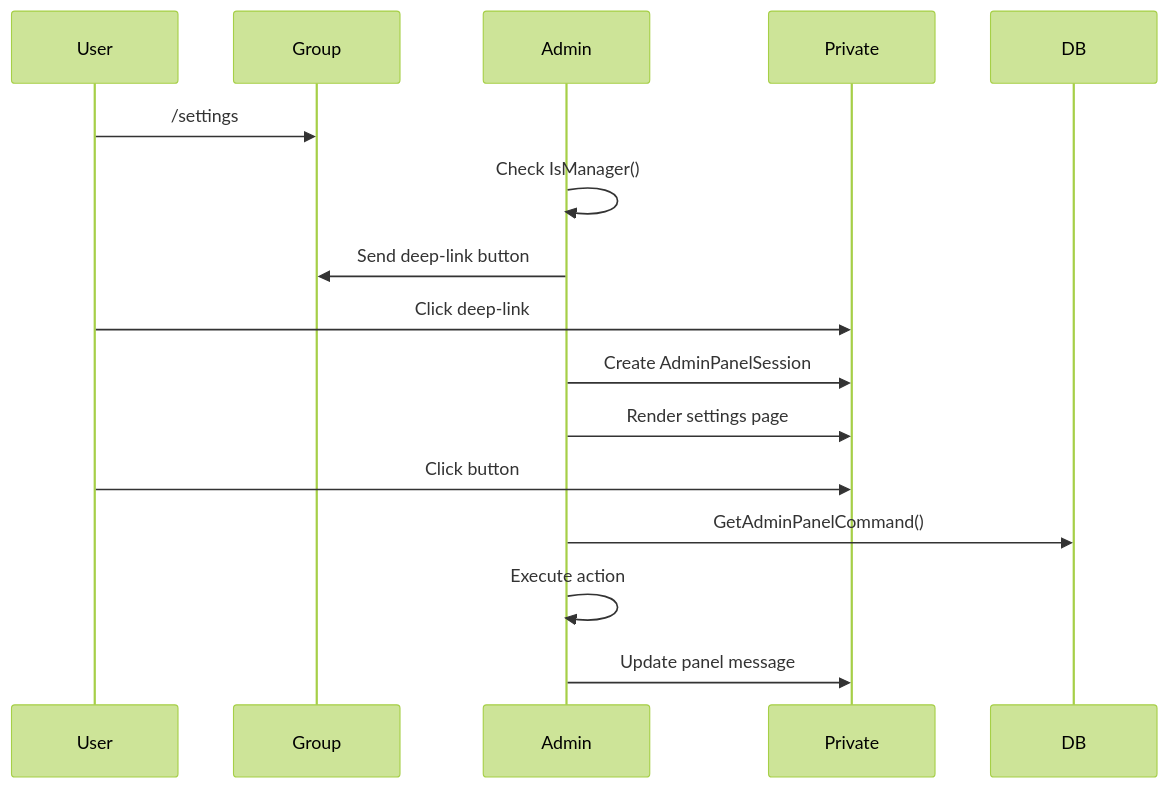
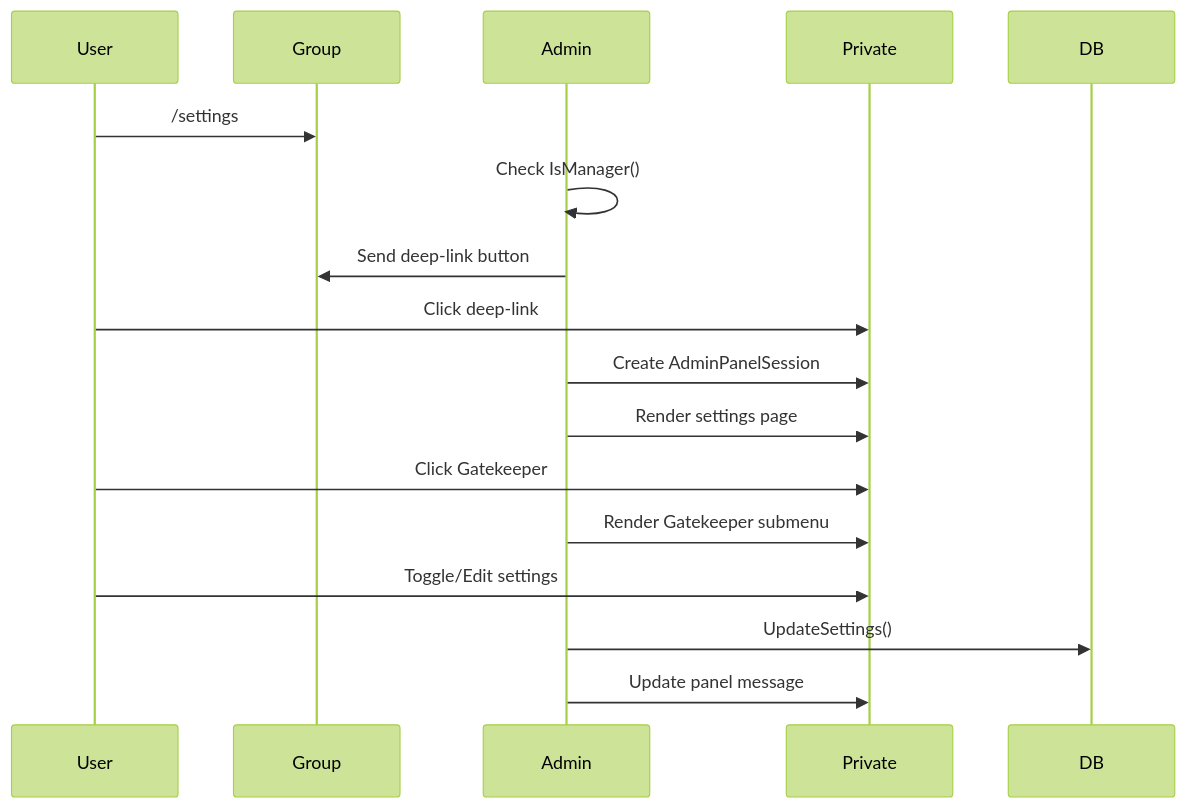
The fifth of 5 diagrams in docs/CODEBASE_MAP.md (iamwavecut/ngbot), drawn with Mermaid (forest theme) before and after one commit. The commit also changed other lines of this file and 27 other files, not shown here.

Commit message:
feat: enhance gatekeeper functionality in admin panel; add settings for CAPTCHA options and greeting text, and improve challenge management

````diff
--- a/docs/CODEBASE_MAP.md
+++ b/docs/CODEBASE_MAP.md
@@ -466,19 +494,22 @@
 ```mermaid
 sequenceDiagram
     participant User
     participant Group
     participant Admin
     participant Private
     participant DB
 
     User->>Group: /settings
     Admin->>Admin: Check IsManager()
     Admin->>Group: Send deep-link button
     User->>Private: Click deep-link
     Admin->>Private: Create AdminPanelSession
     Admin->>Private: Render settings page
-    User->>Private: Click button
-    Admin->>DB: GetAdminPanelCommand()
-    Admin->>Admin: Execute action
+
+    User->>Private: Click Gatekeeper
+    Admin->>Private: Render Gatekeeper submenu
+
+    User->>Private: Toggle/Edit settings
+    Admin->>DB: UpdateSettings()
     Admin->>Private: Update panel message
 ```
````
